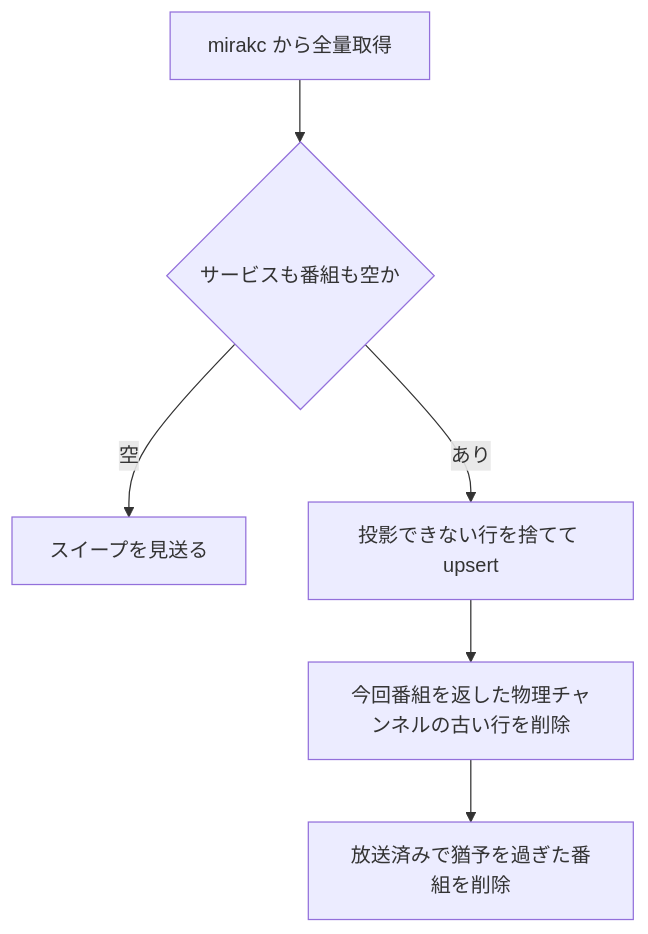
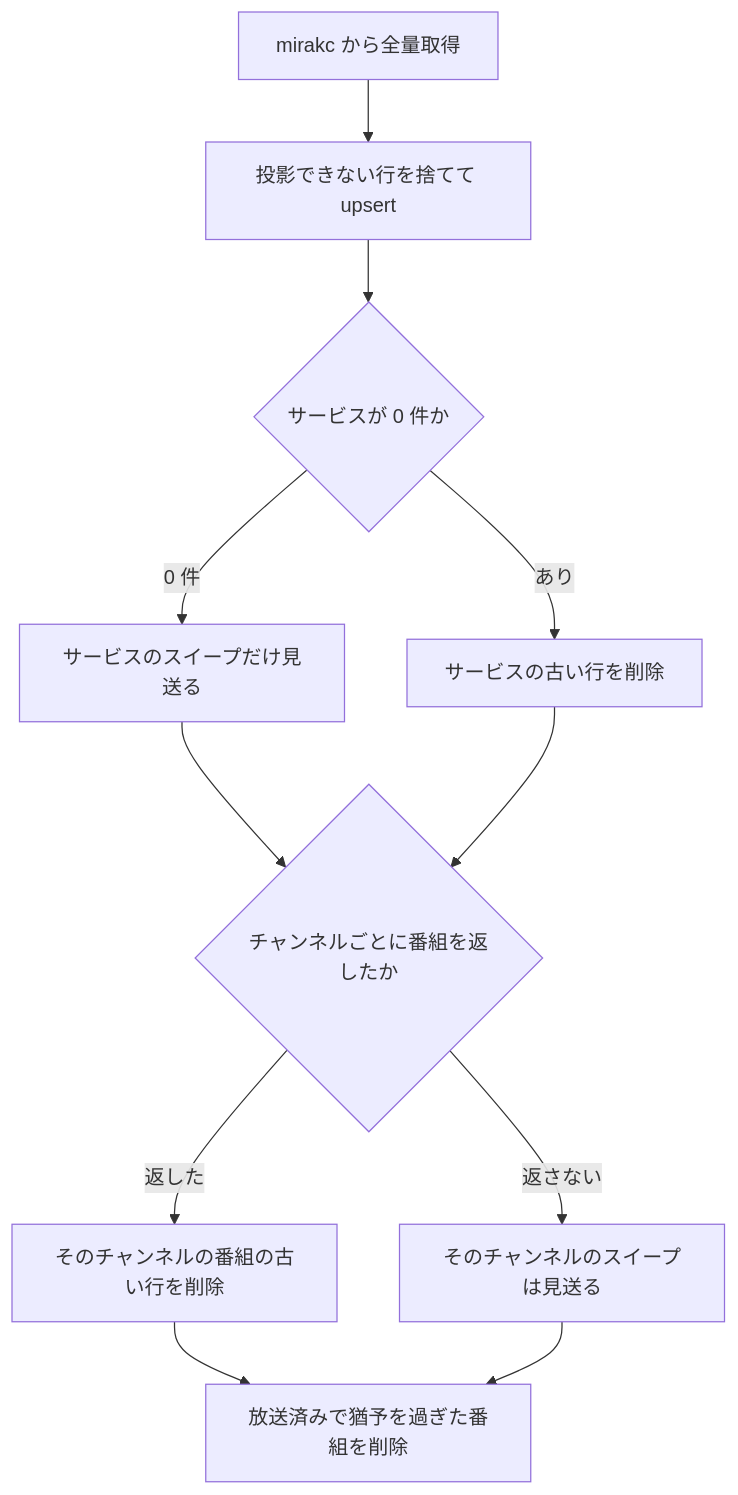
One commit to fetburner/rokuban changed the diagram in docs/schema/projections.md. Above: the diagram before and after it, drawn with Mermaid. The commit also changed other lines of this file and 24 other files, not shown here.

````diff
--- a/docs/schema/projections.md
+++ b/docs/schema/projections.md
@@ -108,8 +108,13 @@
 ```mermaid
 flowchart TD
-    A[mirakc から全量取得] --> B{サービスも番組も空か}
-    B -->|空| C[スイープを見送る]
-    B -->|あり| D[投影できない行を捨てて upsert]
-    D --> E[今回番組を返した物理チャンネルの古い行を削除]
+    A[mirakc から全量取得] --> D[投影できない行を捨てて upsert]
+    D --> B{サービスが 0 件か}
+    B -->|0 件| C[サービスのスイープだけ見送る]
+    B -->|あり| S[サービスの古い行を削除]
+    C --> P
+    S --> P{チャンネルごとに番組を返したか}
+    P -->|返した| E[そのチャンネルの番組の古い行を削除]
+    P -->|返さない| G[そのチャンネルのスイープは見送る]
     E --> F[放送済みで猶予を過ぎた番組を削除]
+    G --> F
 ```
````
